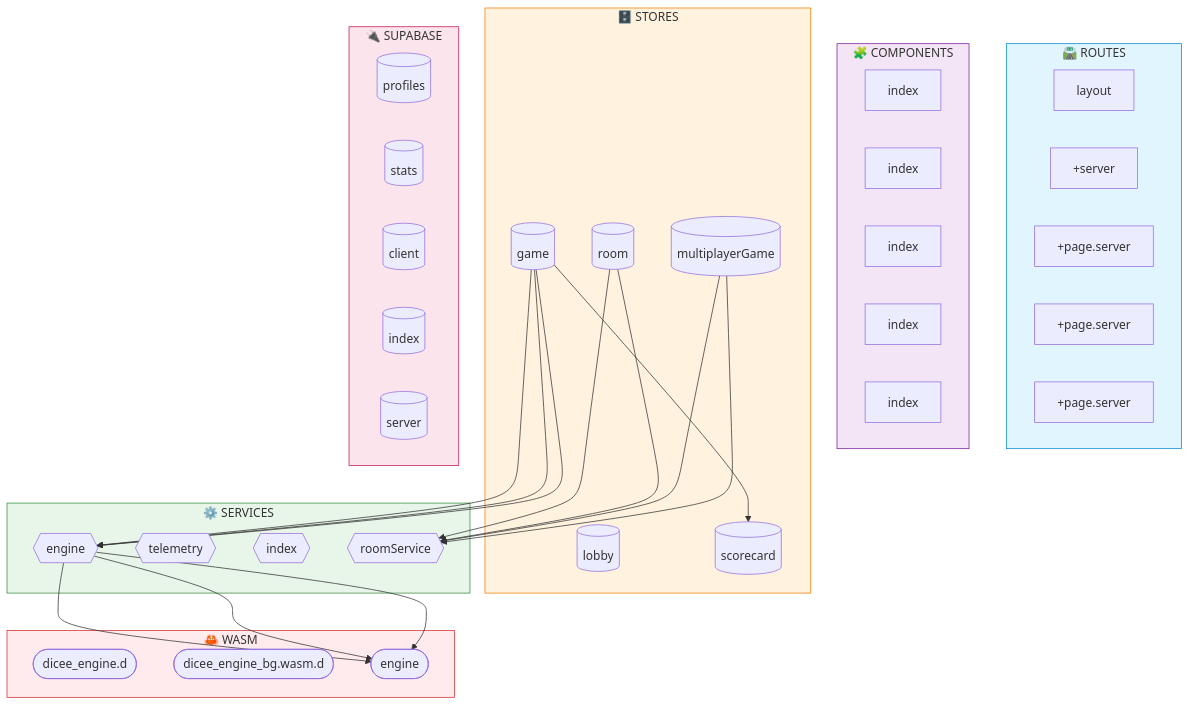
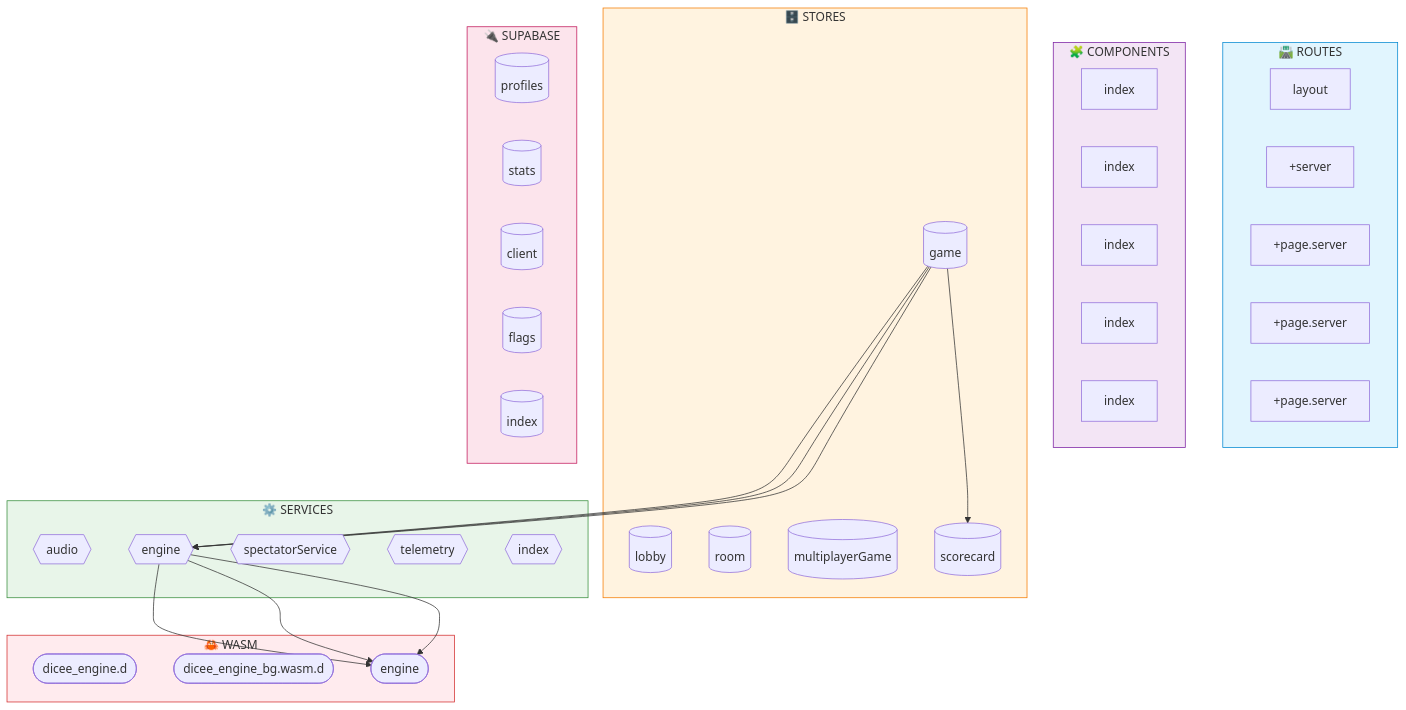
Before and after one commit to verlyn13/dicee: the diagram in docs/architecture/akg/diagrams/DATAFLOW.md, drawn with Mermaid. The commit also changed other lines of this file and 8 other files, not shown here.

First line of the commit message:
fix: Regenerate AKG diagrams with fresh discovery

````diff
--- a/docs/architecture/akg/diagrams/DATAFLOW.md
+++ b/docs/architecture/akg/diagrams/DATAFLOW.md
@@ -18,67 +18,64 @@
 ```mermaid
 flowchart TB
     subgraph routes["🛣️ ROUTES"]
         module___layout__rc_routes__layout_ts["layout"]
         module___server___callback__server_ts["+server"]
         module___page_server__obby__page_server_["+page.server"]
         module___page_server___id___page_server_["+page.server"]
         module___page_server__ode___page_server_["+page.server"]
     end
 
     subgraph components["🧩 COMPONENTS"]
         module__index__mponents_ui_index_ts["index"]
         module__index__onents_chat_index_ts["index"]
         module__index__onents_auth_index_ts["index"]
-        module__index__nents_lobby_index_ts["index"]
-        module__index__onents_dice_index_ts["index"]
+        module__index__ts_skeleton_index_ts["index"]
+        module__index__nts_gallery_index_ts["index"]
     end
 
     subgraph stores["🗄️ STORES"]
         store__game_svelte__tores_game_svelte_ts[("game")]
         store__lobby_svelte__ores_lobby_svelte_t[("lobby")]
         store__room_svelte__tores_room_svelte_ts[("room")]
         store__multiplayerGame_svelte__playerGam[("multiplayerGame")]
         store__scorecard_svelte___scorecard_svel[("scorecard")]
     end
 
     subgraph services["⚙️ SERVICES"]
+        service__audio__ib_services_audio_ts{{"audio"}}
         service__engine__b_services_engine_ts{{"engine"}}
+        store__spectatorService_svelte__torServi{{"spectatorService"}}
         service__telemetry__ervices_telemetry_ts{{"telemetry"}}
         service__index__ib_services_index_ts{{"index"}}
-        store__roomService_svelte__oomService_sv{{"roomService"}}
     end
 
     subgraph supabase["🔌 SUPABASE"]
         supabasemodule__profiles__supabase_profi[("profiles")]
         supabasemodule__stats__ib_supabase_stats[("stats")]
         supabasemodule__client__b_supabase_clien[("client")]
+        supabasemodule__flags__ib_supabase_flags[("flags")]
         supabasemodule__index__ib_supabase_index[("index")]
-        supabasemodule__server__b_supabase_serve[("server")]
     end
 
     subgraph wasm["🦀 WASM"]
         wasmbridge__dicee_engine_d__sm_dicee_eng(["dicee_engine.d"])
         wasmbridge__dicee_engine_bg_wasm_d___eng(["dicee_engine_bg.wasm.d"])
         wasmbridge__engine__eb_src_lib_engine_ts(["engine"])
     end
 
     store__game_svelte__tores_game_svelte_ts --> service__engine__b_services_engine_ts
     store__game_svelte__tores_game_svelte_ts --> store__scorecard_svelte___scorecard_svel
     store__game_svelte__tores_game_svelte_ts --> service__engine__b_services_engine_ts
     store__game_svelte__tores_game_svelte_ts --> service__engine__b_services_engine_ts
-    store__room_svelte__tores_room_svelte_ts --> store__roomService_svelte__oomService_sv
-    store__room_svelte__tores_room_svelte_ts --> store__roomService_svelte__oomService_sv
-    store__multiplayerGame_svelte__playerGam --> store__roomService_svelte__oomService_sv
-    store__multiplayerGame_svelte__playerGam --> store__roomService_svelte__oomService_sv
     service__engine__b_services_engine_ts --> wasmbridge__engine__eb_src_lib_engine_ts
     service__engine__b_services_engine_ts --> wasmbridge__engine__eb_src_lib_engine_ts
     service__engine__b_services_engine_ts --> wasmbridge__engine__eb_src_lib_engine_ts
 
     %% Layer styling
     style routes fill:#e1f5fe,stroke:#0288d1
     style components fill:#f3e5f5,stroke:#7b1fa2
     style stores fill:#fff3e0,stroke:#f57c00
     style services fill:#e8f5e9,stroke:#388e3c
     style supabase fill:#fce4ec,stroke:#c2185b
     style wasm fill:#ffebee,stroke:#d32f2f
 ```
````
